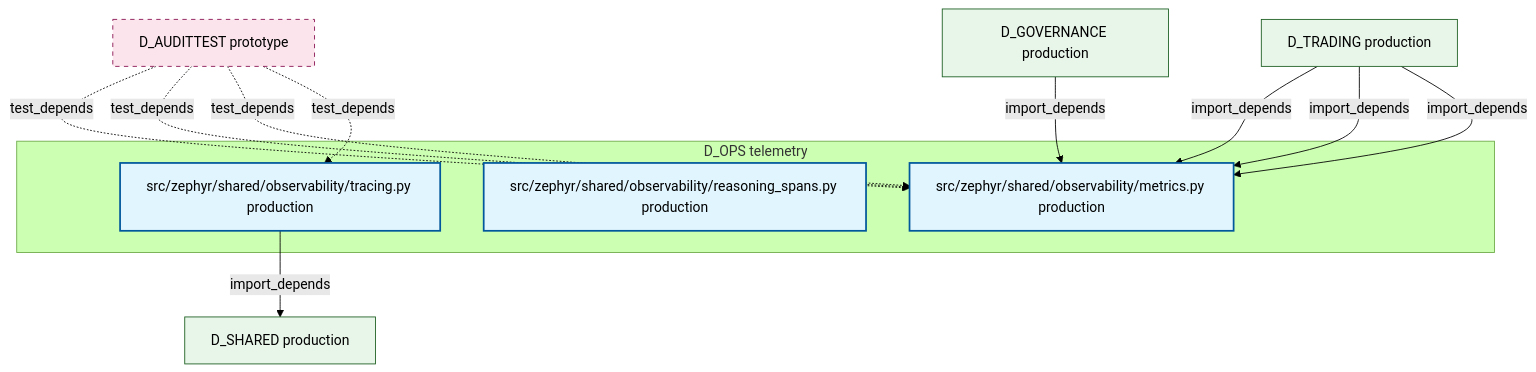
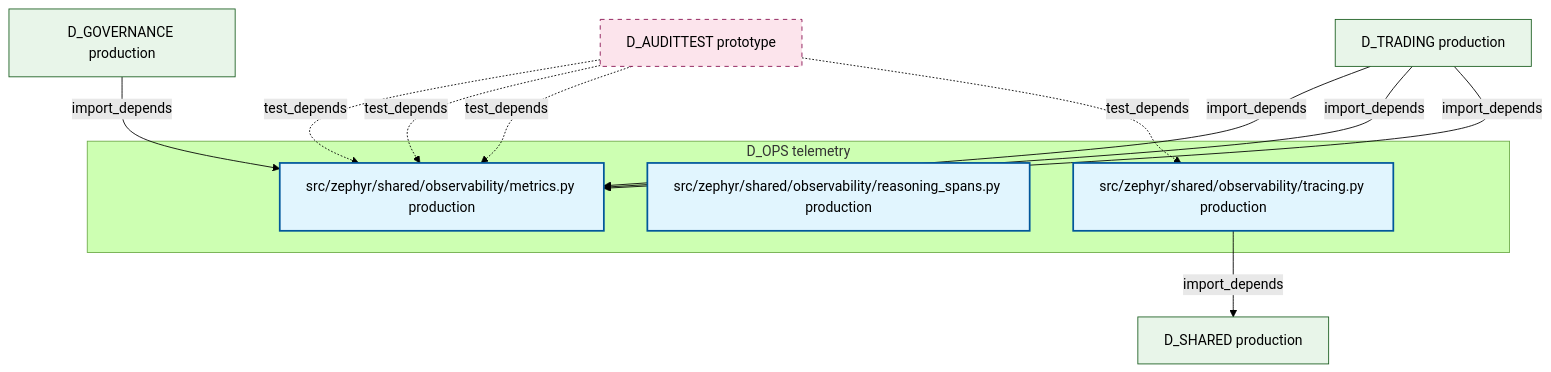
One commit to xuanFelixVan/ZephyrAlpha changed the diagram in docs/02_enterprise_architecture/02_domain_architecture_docs/15_d_ops.md. Above: the diagram before and after it, drawn with Mermaid (forest theme). The commit also changed other lines of this file and 99 other files, not shown here.

````diff
--- a/docs/02_enterprise_architecture/02_domain_architecture_docs/15_d_ops.md
+++ b/docs/02_enterprise_architecture/02_domain_architecture_docs/15_d_ops.md
@@ -47,28 +47,28 @@
 ```mermaid
 graph TD
     subgraph D_OPS["D_OPS telemetry"]
         src_zephyr_shared_observability_metrics_py["src/zephyr/shared/observability/metrics.py production"]
         src_zephyr_shared_observability_reasoning_spans_py["src/zephyr/shared/observability/reasoning_spans.py production"]
         src_zephyr_shared_observability_tracing_py["src/zephyr/shared/observability/tracing.py production"]
     end
     D_SHARED["D_SHARED production"]
     src_zephyr_shared_observability_tracing_py -->|import_depends| D_SHARED
     D_AUDITTEST["D_AUDITTEST prototype"]
     D_AUDITTEST -.->|test_depends| src_zephyr_shared_observability_metrics_py
-    D_AUDITTEST -.->|test_depends| src_zephyr_shared_observability_metrics_py
     D_TRADING["D_TRADING production"]
     D_TRADING -->|import_depends| src_zephyr_shared_observability_metrics_py
+    D_AUDITTEST -.->|test_depends| src_zephyr_shared_observability_metrics_py
     D_GOVERNANCE["D_GOVERNANCE production"]
     D_GOVERNANCE -->|import_depends| src_zephyr_shared_observability_metrics_py
     D_AUDITTEST -.->|test_depends| src_zephyr_shared_observability_metrics_py
     D_TRADING -->|import_depends| src_zephyr_shared_observability_metrics_py
     D_TRADING -->|import_depends| src_zephyr_shared_observability_metrics_py
     D_AUDITTEST -.->|test_depends| src_zephyr_shared_observability_tracing_py
     classDef production fill:#e1f5fe,stroke:#01579b,stroke-width:2px,color:#000
     classDef design fill:#fff3e0,stroke:#e65100,stroke-width:2px,color:#000,stroke-dasharray: 5 5
     classDef external_prod fill:#e8f5e9,stroke:#1b5e20,stroke-width:1px,color:#000
     classDef external_design fill:#fce4ec,stroke:#880e4f,stroke-width:1px,color:#000,stroke-dasharray: 5 5
     class src_zephyr_shared_observability_metrics_py,src_zephyr_shared_observability_reasoning_spans_py,src_zephyr_shared_observability_tracing_py production
     class D_SHARED,D_TRADING,D_GOVERNANCE external_prod
     class D_AUDITTEST external_design
 ```
````
